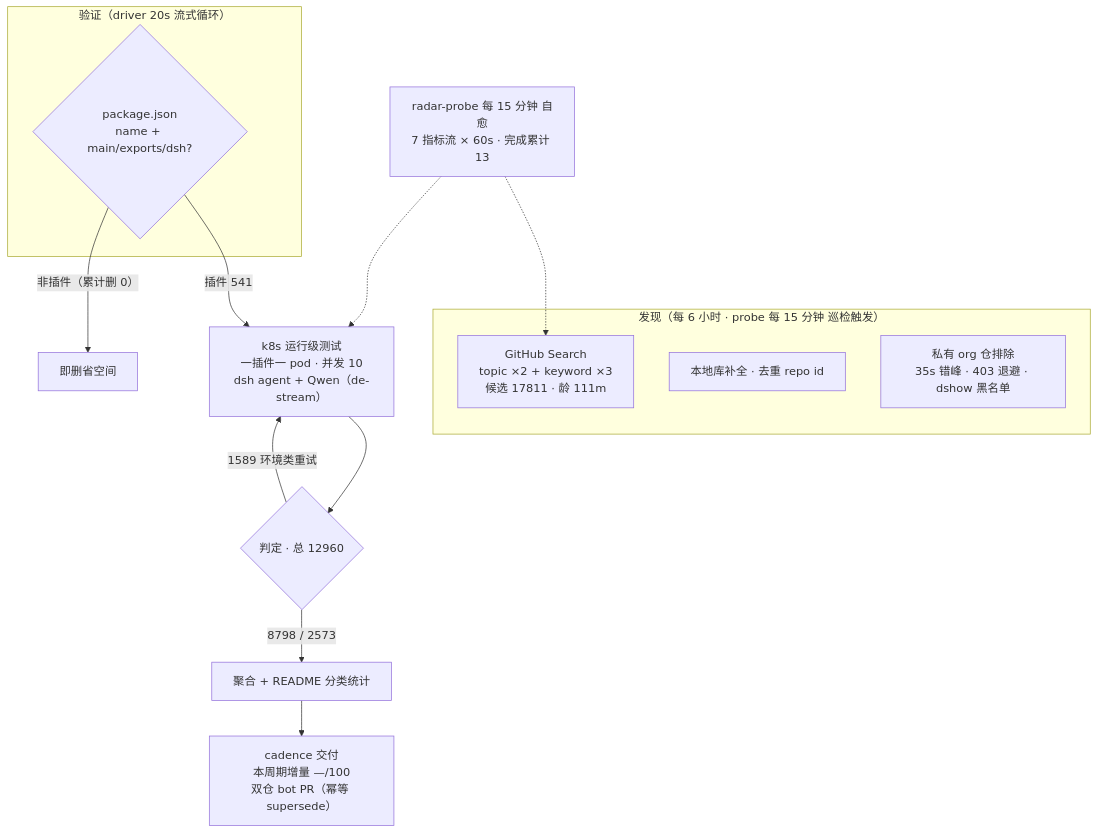
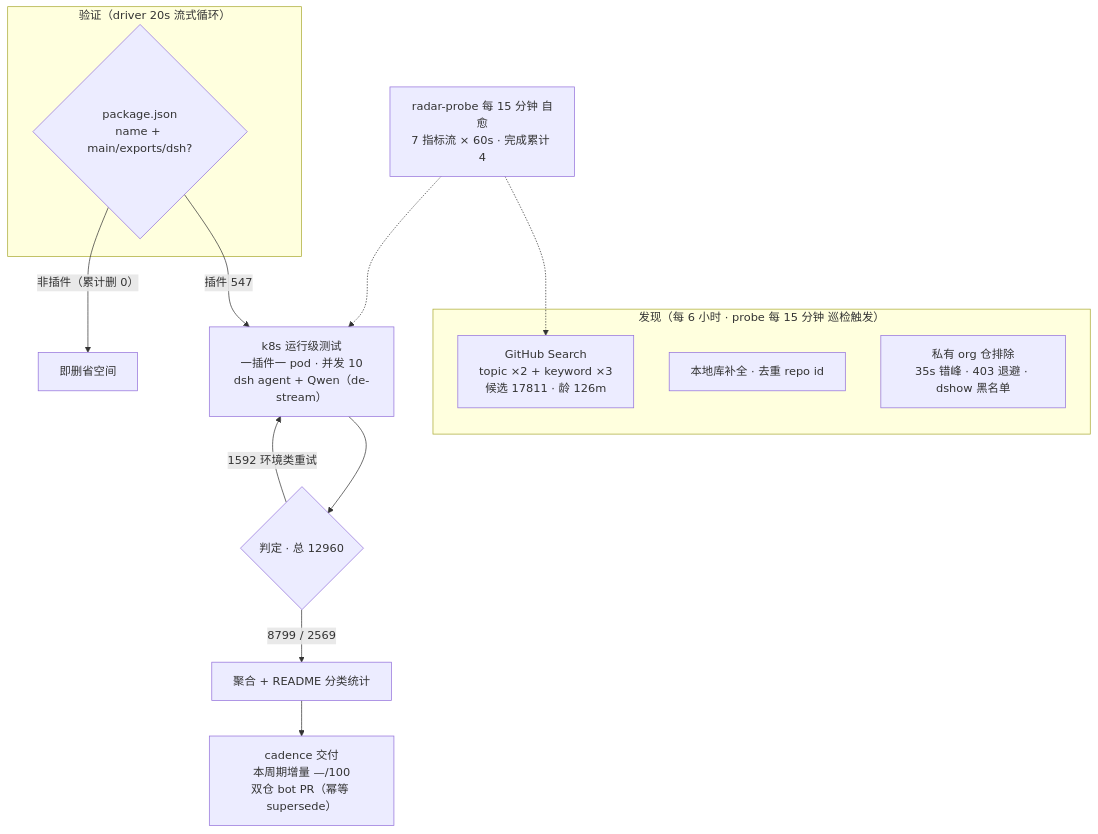
Before and after one commit to AdamPlatin123/awesome-dsh-plugins: the diagram in README.md, drawn with Mermaid. The commit also changed other lines of this file and 5 other files, not shown here.

````diff
--- a/README.md
+++ b/README.md
@@ -52,20 +52,20 @@
 ```mermaid
 flowchart TB
     subgraph Discovery["发现（每 6 小时 · probe 每 15 分钟 巡检触发）"]
-        A1["GitHub Search<br/>topic ×2 + keyword ×3<br/>候选 17811 · 龄 111m"]
+        A1["GitHub Search<br/>topic ×2 + keyword ×3<br/>候选 17811 · 龄 126m"]
         A2["本地库补全 · 去重 repo id"]
         A3["私有 org 仓排除<br/>35s 错峰 · 403 退避 · dshow 黑名单"]
     end
     subgraph Validation["验证（driver 20s 流式循环）"]
         B1{"package.json<br/>name + main/exports/dsh?"}
     end
-    B1 -->|"插件 541"| C1["k8s 运行级测试<br/>一插件一 pod · 并发 10<br/>dsh agent + Qwen（de-stream）"]
+    B1 -->|"插件 547"| C1["k8s 运行级测试<br/>一插件一 pod · 并发 10<br/>dsh agent + Qwen（de-stream）"]
     B1 -->|"非插件（累计删 0）"| B3["即删省空间"]
     C1 --> D1{"判定 · 总 12960"}
-    D1 -->|"8798 / 2573"| E1["聚合 + README 分类统计"]
-    D1 -->|"1589 环境类重试"| C1
+    D1 -->|"8799 / 2569"| E1["聚合 + README 分类统计"]
+    D1 -->|"1592 环境类重试"| C1
     E1 --> E2["cadence 交付<br/>本周期增量 —/100<br/>双仓 bot PR（幂等 supersede）"]
-    M["radar-probe 每 15 分钟 自愈<br/>7 指标流 × 60s · 完成累计 13"]
+    M["radar-probe 每 15 分钟 自愈<br/>7 指标流 × 60s · 完成累计 4"]
     M -.-> A1
     M -.-> C1
 ```
````
